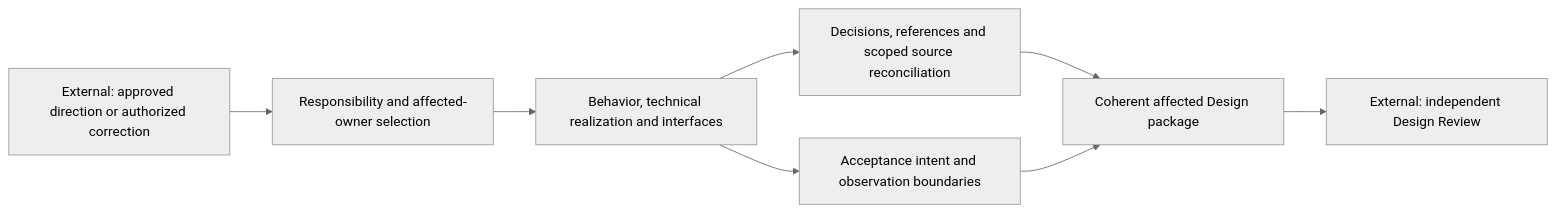
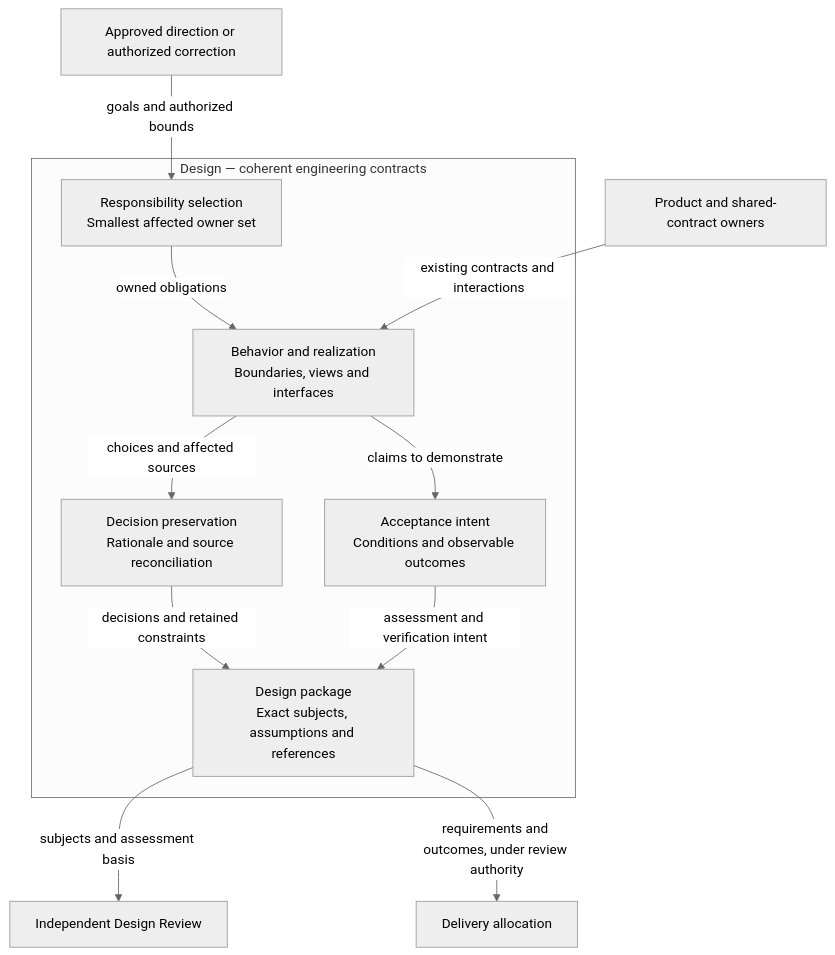
The diagram in docs/design/skill/authoring/design.md (xiongxianfei/rigorloop), drawn with Mermaid (neutral theme) before and after one commit. The commit also changed other lines of this file and 14 other files, not shown here.

Commit message:
design: clarify ownership in every architecture overview

````diff
--- a/docs/design/skill/authoring/design.md
+++ b/docs/design/skill/authoring/design.md
@@ -27,17 +27,21 @@
 ```mermaid
-flowchart LR
-    Direction["External: approved direction or authorized correction"]
-    Ownership["Responsibility and affected-owner selection"]
-    Reconcile["Behavior, technical realization and interfaces"]
-    Preserve["Decisions, references and scoped source reconciliation"]
-    Intent["Acceptance intent and observation boundaries"]
-    Package["Coherent affected Design package"]
-    Review["External: independent Design Review"]
-    Direction --> Ownership
-    Ownership --> Reconcile
-    Reconcile --> Preserve
-    Reconcile --> Intent
-    Preserve --> Package
-    Intent --> Package
-    Package --> Review
+flowchart TB
+    Direction["Approved direction or authorized correction"]
+    Owners["Product and shared-contract owners"]
+    subgraph Design["Design — coherent engineering contracts"]
+        Ownership["Responsibility selection<br/>Smallest affected owner set"]
+        Reconcile["Behavior and realization<br/>Boundaries, views and interfaces"]
+        Preserve["Decision preservation<br/>Rationale and source reconciliation"]
+        Intent["Acceptance intent<br/>Conditions and observable outcomes"]
+        Package["Design package<br/>Exact subjects, assumptions and references"]
+        Ownership -->|"owned obligations"| Reconcile
+        Reconcile -->|"choices and affected sources"| Preserve
+        Reconcile -->|"claims to demonstrate"| Intent
+        Preserve -->|"decisions and retained constraints"| Package
+        Intent -->|"assessment and verification intent"| Package
+    end
+    Direction -->|"goals and authorized bounds"| Ownership
+    Owners -->|"existing contracts and interactions"| Reconcile
+    Package -->|"subjects and assessment basis"| Review["Independent Design Review"]
+    Package -->|"requirements and outcomes, under review authority"| Delivery["Delivery allocation"]
 ```
````
